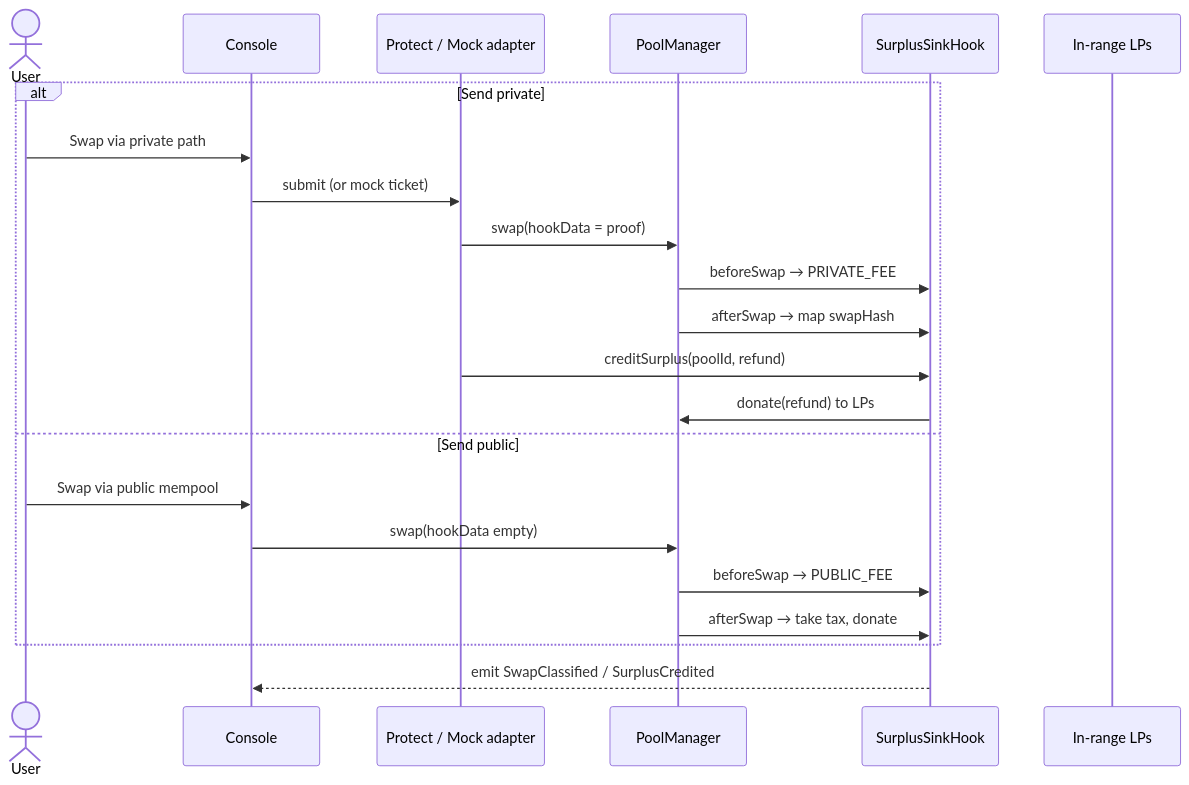
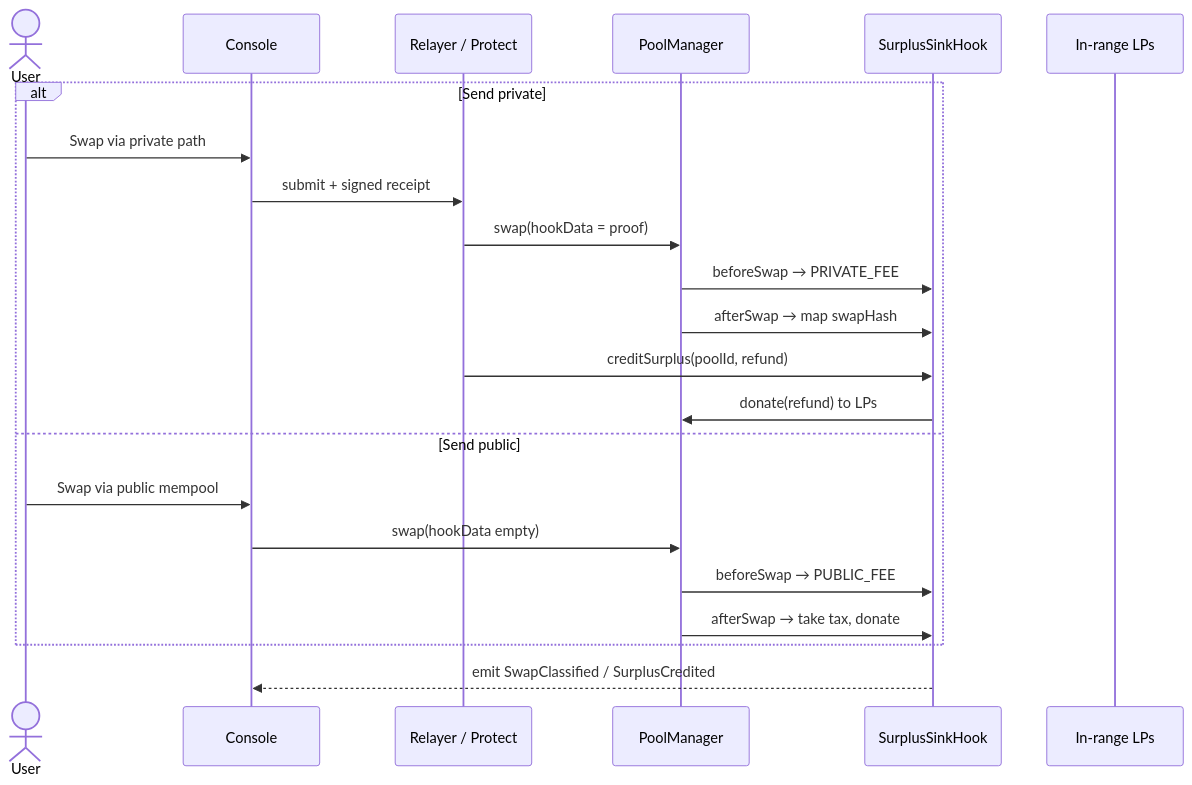
Before and after one commit to Najnomics/surplus-sink: the third of 4 diagrams in README.md, drawn with Mermaid. The commit also changed other lines of this file and 3784 other files, not shown here.

````diff
--- a/README.md
+++ b/README.md
@@ -97,25 +82,27 @@
 ```mermaid
 sequenceDiagram
     actor User
     participant UI as Console
-    participant Protect as Protect / Mock adapter
+    participant Protect as Relayer / Protect
+
     participant PM as PoolManager
     participant Hook as SurplusSinkHook
     participant LPs as In-range LPs
 
     alt Send private
         User->>UI: Swap via private path
-        UI->>Protect: submit (or mock ticket)
+        UI->>Protect: submit + signed receipt
+
         Protect->>PM: swap(hookData = proof)
         PM->>Hook: beforeSwap → PRIVATE_FEE
         PM->>Hook: afterSwap → map swapHash
         Protect->>Hook: creditSurplus(poolId, refund)
         Hook->>PM: donate(refund) to LPs
     else Send public
         User->>UI: Swap via public mempool
         UI->>PM: swap(hookData empty)
         PM->>Hook: beforeSwap → PUBLIC_FEE
         PM->>Hook: afterSwap → take tax, donate
     end
     Hook-->>UI: emit SwapClassified / SurplusCredited
 ```
````
